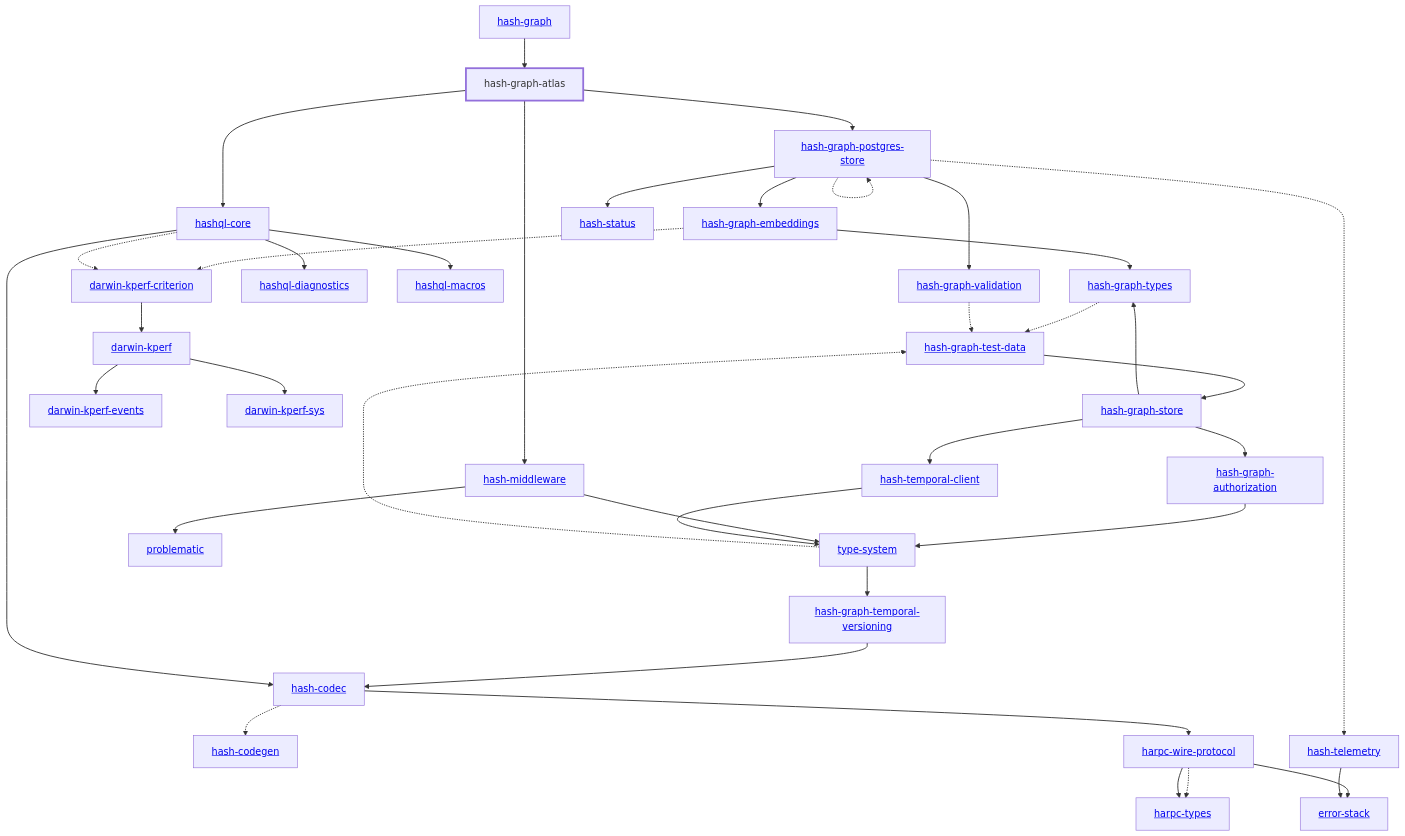
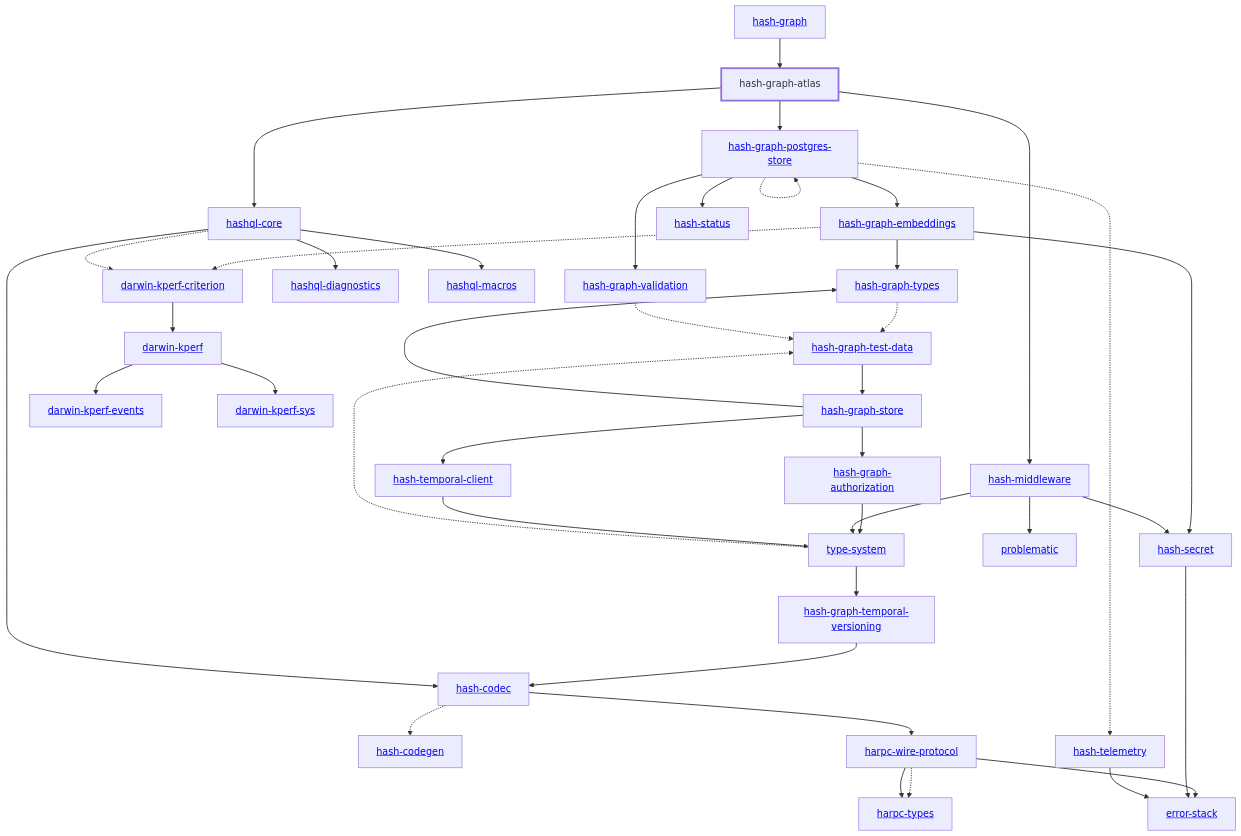
One commit to hashintel/hash changed the diagram in libs/@local/graph/atlas/docs/dependency-diagram.mmd. Above: the diagram before and after it, drawn with Mermaid. The commit also changed 104 other files, not shown here.

```diff
--- a/libs/@local/graph/atlas/docs/dependency-diagram.mmd
+++ b/libs/@local/graph/atlas/docs/dependency-diagram.mmd
@@ -1,76 +1,80 @@
 graph TD
     linkStyle default stroke-width:1.5px
     classDef default stroke-width:1px
     classDef root stroke-width:3px
     classDef dev stroke-width:1px
     classDef build stroke-width:1px
     %% Legend
     %% --> : Normal dependency
     %% -.-> : Dev dependency
     %% ---> : Build dependency
     0[<a href="../hash_graph/index.html">hash-graph</a>]
     1[<a href="../type_system/index.html">type-system</a>]
     2[<a href="../hash_codec/index.html">hash-codec</a>]
     3[<a href="../hash_codegen/index.html">hash-codegen</a>]
     4[hash-graph-atlas]
     class 4 root
     5[<a href="../hash_graph_authorization/index.html">hash-graph-authorization</a>]
     6[<a href="../hash_graph_embeddings/index.html">hash-graph-embeddings</a>]
     7[<a href="../hash_graph_postgres_store/index.html">hash-graph-postgres-store</a>]
     8[<a href="../hash_graph_store/index.html">hash-graph-store</a>]
     9[<a href="../hash_graph_temporal_versioning/index.html">hash-graph-temporal-versioning</a>]
     10[<a href="../hash_graph_types/index.html">hash-graph-types</a>]
     11[<a href="../hash_graph_validation/index.html">hash-graph-validation</a>]
     12[<a href="../harpc_types/index.html">harpc-types</a>]
     13[<a href="../harpc_wire_protocol/index.html">harpc-wire-protocol</a>]
     14[<a href="../hashql_core/index.html">hashql-core</a>]
     15[<a href="../hashql_diagnostics/index.html">hashql-diagnostics</a>]
     16[<a href="../hashql_macros/index.html">hashql-macros</a>]
     17[<a href="../hash_middleware/index.html">hash-middleware</a>]
-    18[<a href="../hash_status/index.html">hash-status</a>]
-    19[<a href="../hash_telemetry/index.html">hash-telemetry</a>]
-    20[<a href="../hash_temporal_client/index.html">hash-temporal-client</a>]
-    21[<a href="../darwin_kperf/index.html">darwin-kperf</a>]
-    22[<a href="../darwin_kperf_criterion/index.html">darwin-kperf-criterion</a>]
-    23[<a href="../darwin_kperf_events/index.html">darwin-kperf-events</a>]
-    24[<a href="../darwin_kperf_sys/index.html">darwin-kperf-sys</a>]
-    25[<a href="../error_stack/index.html">error-stack</a>]
-    26[<a href="../problematic/index.html">problematic</a>]
-    27[<a href="../hash_graph_test_data/index.html">hash-graph-test-data</a>]
+    18[<a href="../hash_secret/index.html">hash-secret</a>]
+    19[<a href="../hash_status/index.html">hash-status</a>]
+    20[<a href="../hash_telemetry/index.html">hash-telemetry</a>]
+    21[<a href="../hash_temporal_client/index.html">hash-temporal-client</a>]
+    22[<a href="../darwin_kperf/index.html">darwin-kperf</a>]
+    23[<a href="../darwin_kperf_criterion/index.html">darwin-kperf-criterion</a>]
+    24[<a href="../darwin_kperf_events/index.html">darwin-kperf-events</a>]
+    25[<a href="../darwin_kperf_sys/index.html">darwin-kperf-sys</a>]
+    26[<a href="../error_stack/index.html">error-stack</a>]
+    27[<a href="../problematic/index.html">problematic</a>]
+    28[<a href="../hash_graph_test_data/index.html">hash-graph-test-data</a>]
     0 --> 4
     1 --> 9
-    1 -.-> 27
+    1 -.-> 28
     2 -.-> 3
     2 --> 13
     4 --> 7
     4 --> 14
     4 --> 17
     5 --> 1
     6 --> 10
-    6 -.-> 22
+    6 --> 18
+    6 -.-> 23
     7 --> 6
     7 -.-> 7
     7 --> 11
-    7 --> 18
-    7 -.-> 19
+    7 --> 19
+    7 -.-> 20
     8 --> 5
     8 --> 10
-    8 --> 20
+    8 --> 21
     9 --> 2
-    10 -.-> 27
-    11 -.-> 27
+    10 -.-> 28
+    11 -.-> 28
     13 -.-> 12
     13 --> 12
-    13 --> 25
+    13 --> 26
     14 --> 2
     14 --> 15
     14 --> 16
-    14 -.-> 22
+    14 -.-> 23
     17 --> 1
-    17 --> 26
-    19 --> 25
-    20 --> 1
-    21 --> 23
-    21 --> 24
-    22 --> 21
-    27 --> 8
+    17 --> 18
+    17 --> 27
+    18 --> 26
+    20 --> 26
+    21 --> 1
+    22 --> 24
+    22 --> 25
+    23 --> 22
+    28 --> 8
```
